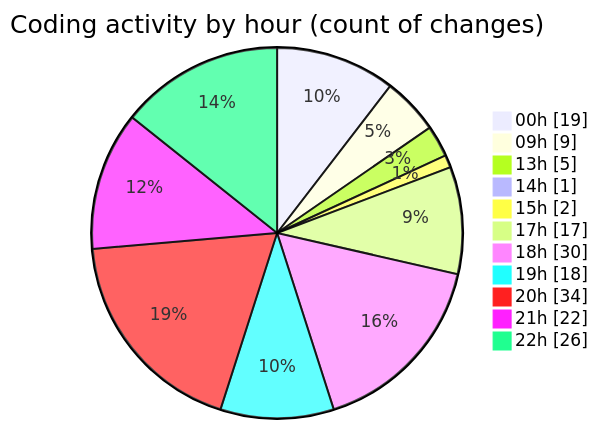
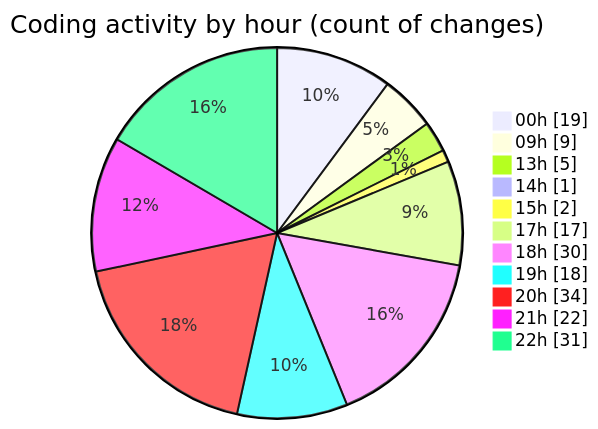
Before and after one commit to EIIisD/code-tracking: the second of 2 diagrams in 2025-08-12/ribbon/README.md, drawn with Mermaid. The commit also changed other lines of this file and 1 other file, not shown here.

````diff
--- a/2025-08-12/ribbon/README.md
+++ b/2025-08-12/ribbon/README.md
@@ -58,15 +58,15 @@
 ```mermaid
 pie showData
 title Coding activity by hour (count of changes)
 "00h" : 19
 "09h" : 9
 "13h" : 5
 "14h" : 1
 "15h" : 2
 "17h" : 17
 "18h" : 30
 "19h" : 18
 "20h" : 34
 "21h" : 22
-"22h" : 26
+"22h" : 31
 ```
````
